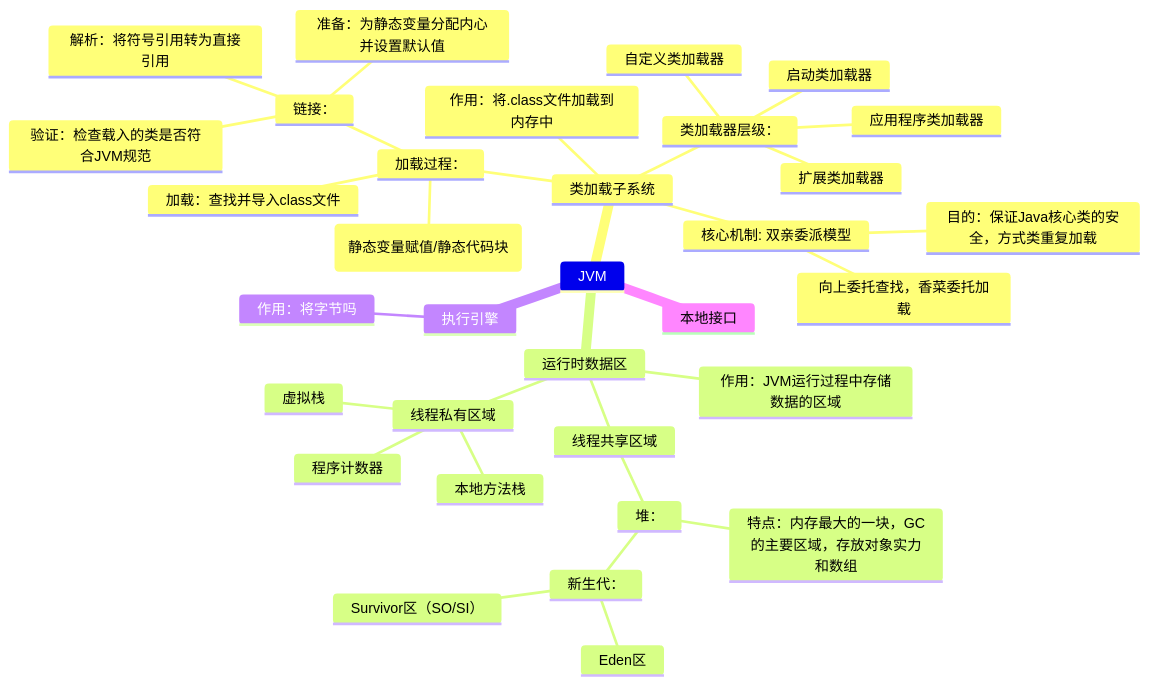
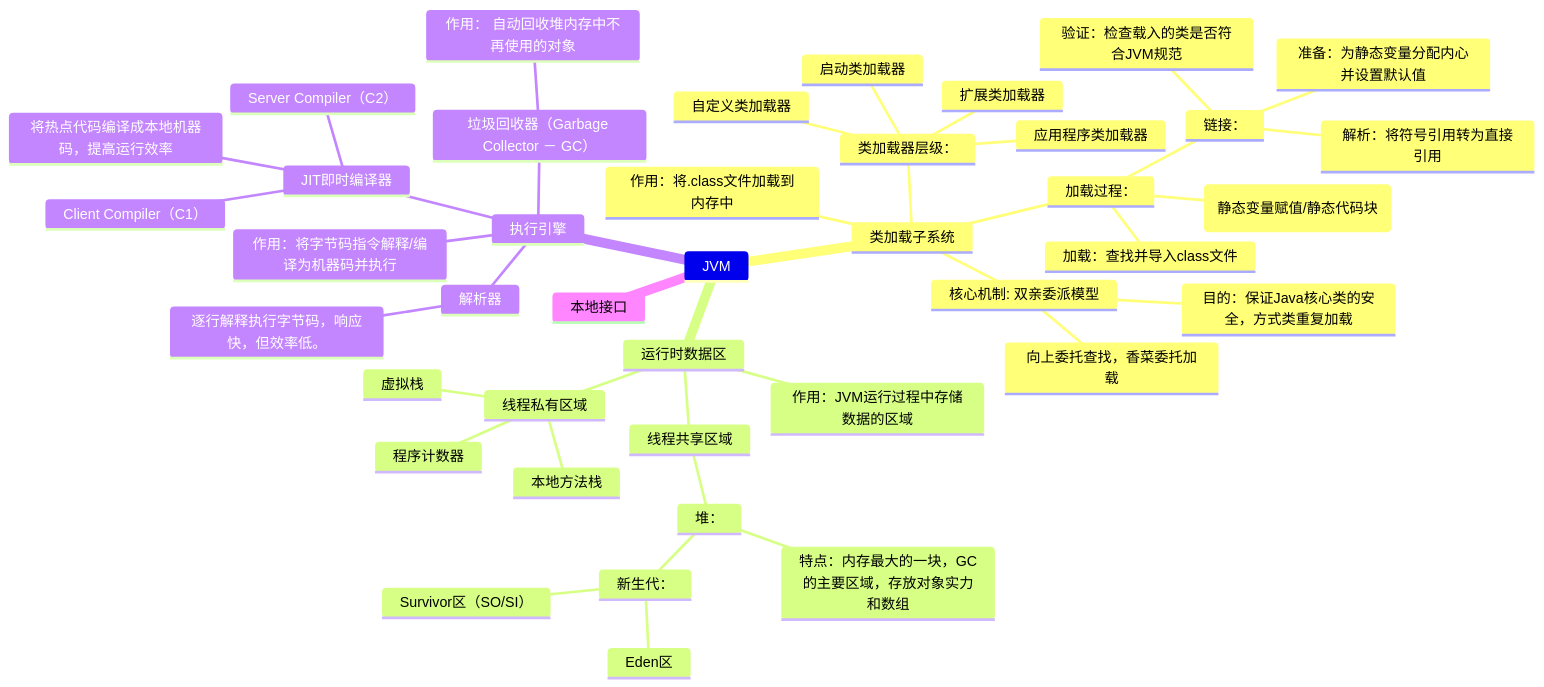
One commit to JackrayWang2020/markbook changed the diagram in JAVA/JVM/脑图.md. Above: the diagram before and after it, drawn with Mermaid.

Commit message:
jvm脑图

````diff
--- a/JAVA/JVM/脑图.md
+++ b/JAVA/JVM/脑图.md
@@ -3,40 +3,49 @@
 ```mermaid
 mindmap
     JVM
         类加载子系统
             作用：将.class文件加载到内存中
             加载过程：
                 加载：查找并导入class文件
                 链接：
                     验证：检查载入的类是否符合JVM规范
                     准备：为静态变量分配内心并设置默认值
                     解析：将符号引用转为直接引用
                 初始化：执行类构造器<clinit>方法(静态变量赋值/静态代码块)
             类加载器层级：
                 启动类加载器
                 扩展类加载器
                 应用程序类加载器
                 自定义类加载器
             核心机制: 双亲委派模型
                 向上委托查找，香菜委托加载
                 目的：保证Java核心类的安全，方式类重复加载
         运行时数据区
             作用：JVM运行过程中存储数据的区域
             线程共享区域
                 堆：
                     特点：内存最大的一块，GC的主要区域，存放对象实力和数组
                     新生代：
                         Eden区
                         Survivor区（SO/SI）
             线程私有区域
                 虚拟栈
                 本地方法栈
                 程序计数器
         执行引擎
-            作用：将字节吗
+            作用：将字节码指令解释/编译为机器码并执行
+            解析器
+                逐行解释执行字节码，响应快，但效率低。
+            JIT即时编译器
+                将热点代码编译成本地机器码，提高运行效率
+                Client Compiler（C1）
+                Server Compiler（C2）
+            垃圾回收器（Garbage Collector － GC）
+                作用： 自动回收堆内存中不再使用的对象
+                
         本地接口
         
 
 
 
 ```
````
